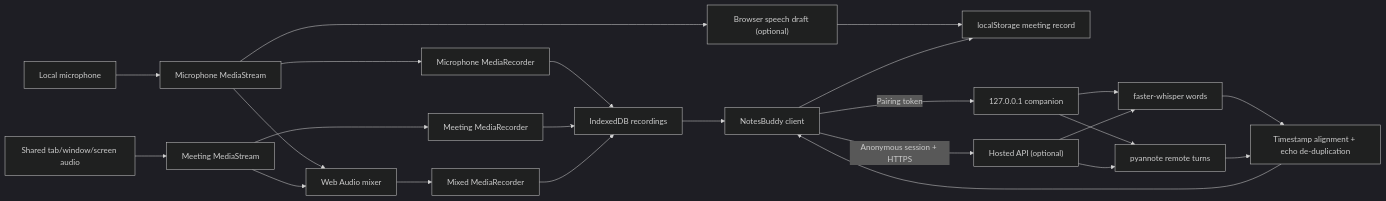
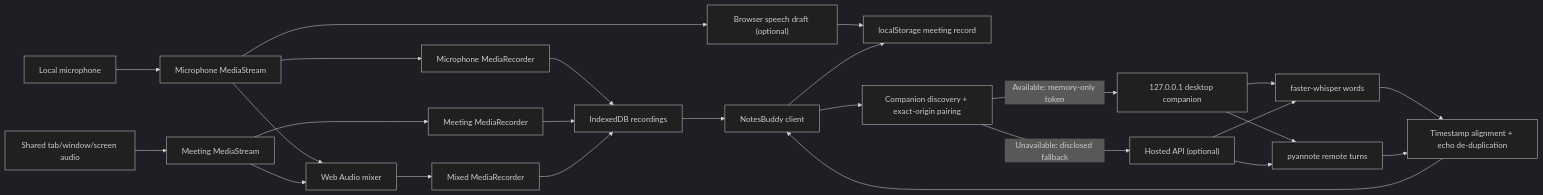
One commit to sumarahmed/AINotesBuddy changed the first of 2 diagrams in docs/ARCHITECTURE.md. Above: the diagram before and after it, drawn with Mermaid (dark theme). The commit also changed other lines of this file and 37 other files, not shown here.

First line of the commit message:
Add Windows desktop transcription companion (#1)

````diff
--- a/docs/ARCHITECTURE.md
+++ b/docs/ARCHITECTURE.md
@@ -22,28 +22,29 @@
 ```mermaid
 flowchart LR
     Mic["Local microphone"] --> MicStream["Microphone MediaStream"]
     Share["Shared tab/window/screen audio"] --> MeetingStream["Meeting MediaStream"]
     MicStream --> MicRecorder["Microphone MediaRecorder"]
     MeetingStream --> MeetingRecorder["Meeting MediaRecorder"]
     MicStream --> Mixer["Web Audio mixer"]
     MeetingStream --> Mixer
     Mixer --> MixedRecorder["Mixed MediaRecorder"]
     MicRecorder --> IDB["IndexedDB recordings"]
     MeetingRecorder --> IDB
     MixedRecorder --> IDB
 
     MicStream --> BrowserSpeech["Browser speech draft (optional)"]
     BrowserSpeech --> LocalStorage["localStorage meeting record"]
 
     IDB --> Client["NotesBuddy client"]
-    Client -->|"Pairing token"| Companion["127.0.0.1 companion"]
-    Client -->|"Anonymous session + HTTPS"| Hosted["Hosted API (optional)"]
+    Client --> Discovery["Companion discovery + exact-origin pairing"]
+    Discovery -->|"Available: memory-only token"| Companion["127.0.0.1 desktop companion"]
+    Discovery -->|"Unavailable: disclosed fallback"| Hosted["Hosted API (optional)"]
     Companion --> Whisper["faster-whisper words"]
     Hosted --> Whisper
     Companion --> Pyannote["pyannote remote turns"]
     Hosted --> Pyannote
     Whisper --> Alignment["Timestamp alignment + echo de-duplication"]
     Pyannote --> Alignment
     Alignment --> Client
     Client --> LocalStorage
 ```
````
